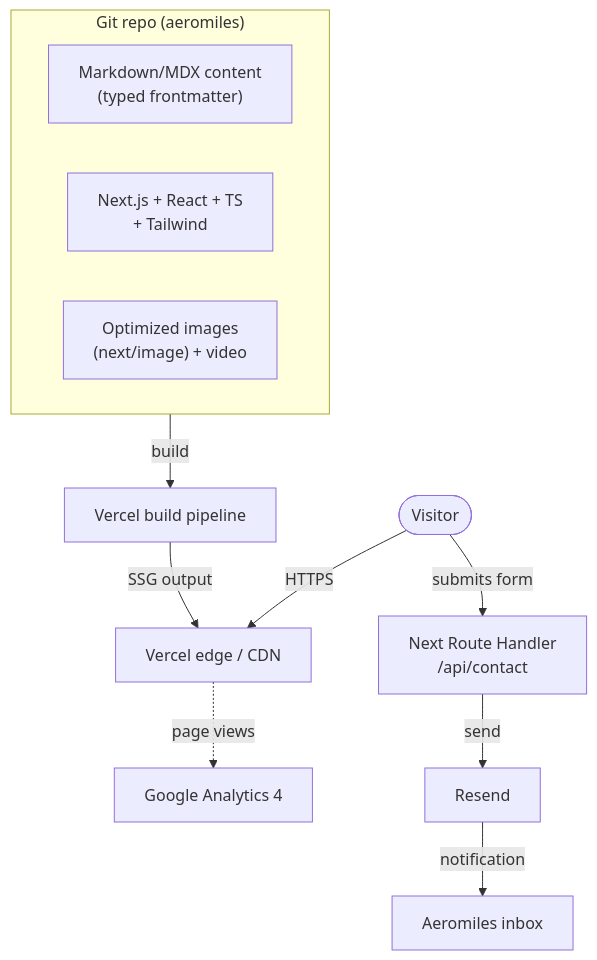
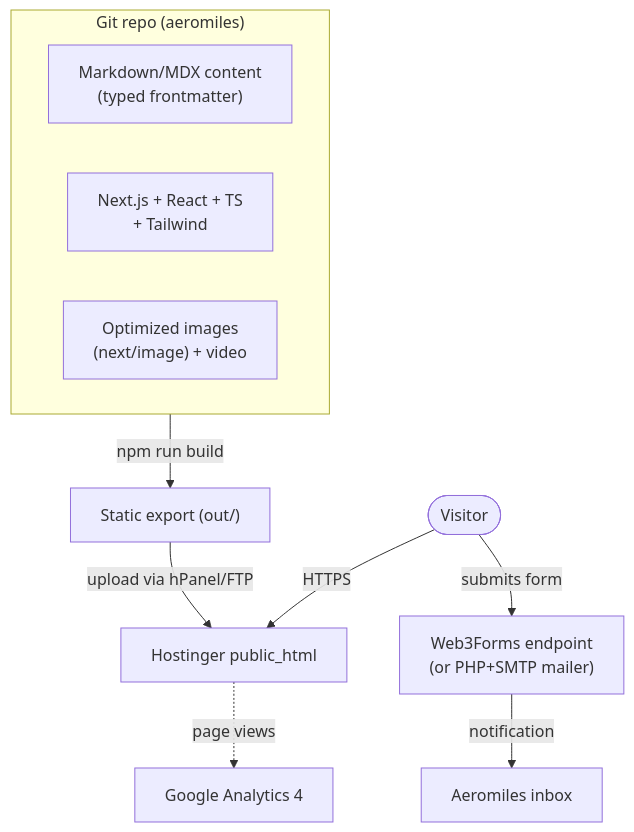
The first of 3 diagrams in docs/PRD.md (Khetan-Technologies-hub/aeromiles), drawn with Mermaid before and after one commit. The commit also changed other lines of this file and 2 other files, not shown here.

First line of the commit message:
Switch deploy to Hostinger static export (from Vercel); forms via Web3Forms

````diff
--- a/docs/PRD.md
+++ b/docs/PRD.md
@@ -81,15 +82,14 @@
 ```mermaid
 flowchart TD
     subgraph Repo["Git repo (aeromiles)"]
         MD["Markdown/MDX content<br/>(typed frontmatter)"]
         SRC["Next.js + React + TS<br/>+ Tailwind"]
         ASSET["Optimized images<br/>(next/image) + video"]
     end
-    Repo -->|build| CI["Vercel build pipeline"]
-    CI -->|SSG output| CDN["Vercel edge / CDN"]
-    Visitor(["Visitor"]) -->|HTTPS| CDN
-    Visitor -->|submits form| API["Next Route Handler<br/>/api/contact"]
-    API -->|send| RESEND["Resend"]
-    RESEND -->|notification| EMAIL["Aeromiles inbox"]
-    CDN -.->|page views| GA["Google Analytics 4"]
+    Repo -->|npm run build| OUT["Static export (out/)"]
+    OUT -->|upload via hPanel/FTP| HOST["Hostinger public_html"]
+    Visitor(["Visitor"]) -->|HTTPS| HOST
+    Visitor -->|submits form| FORM["Web3Forms endpoint<br/>(or PHP+SMTP mailer)"]
+    FORM -->|notification| EMAIL["Aeromiles inbox"]
+    HOST -.->|page views| GA["Google Analytics 4"]
 ```
````
